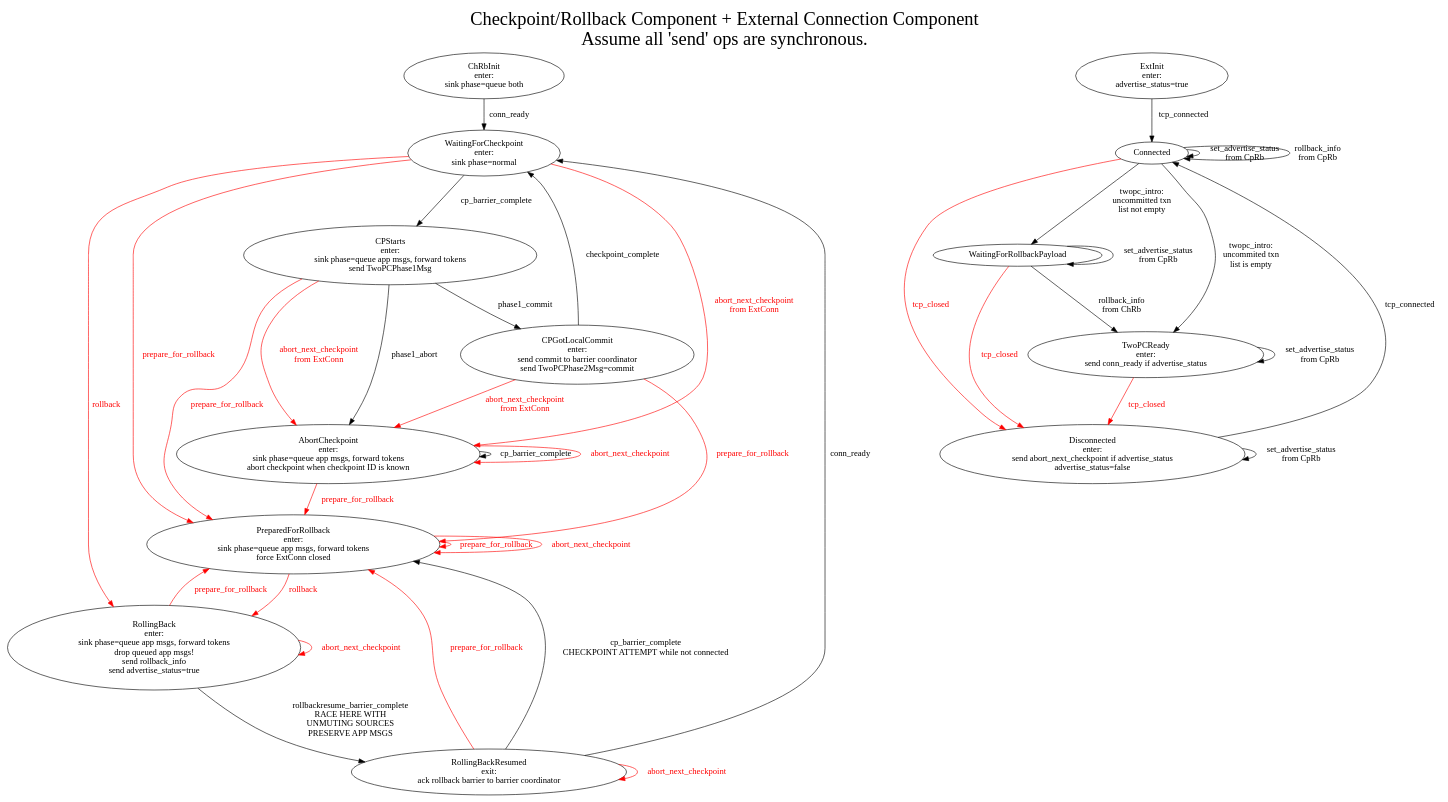
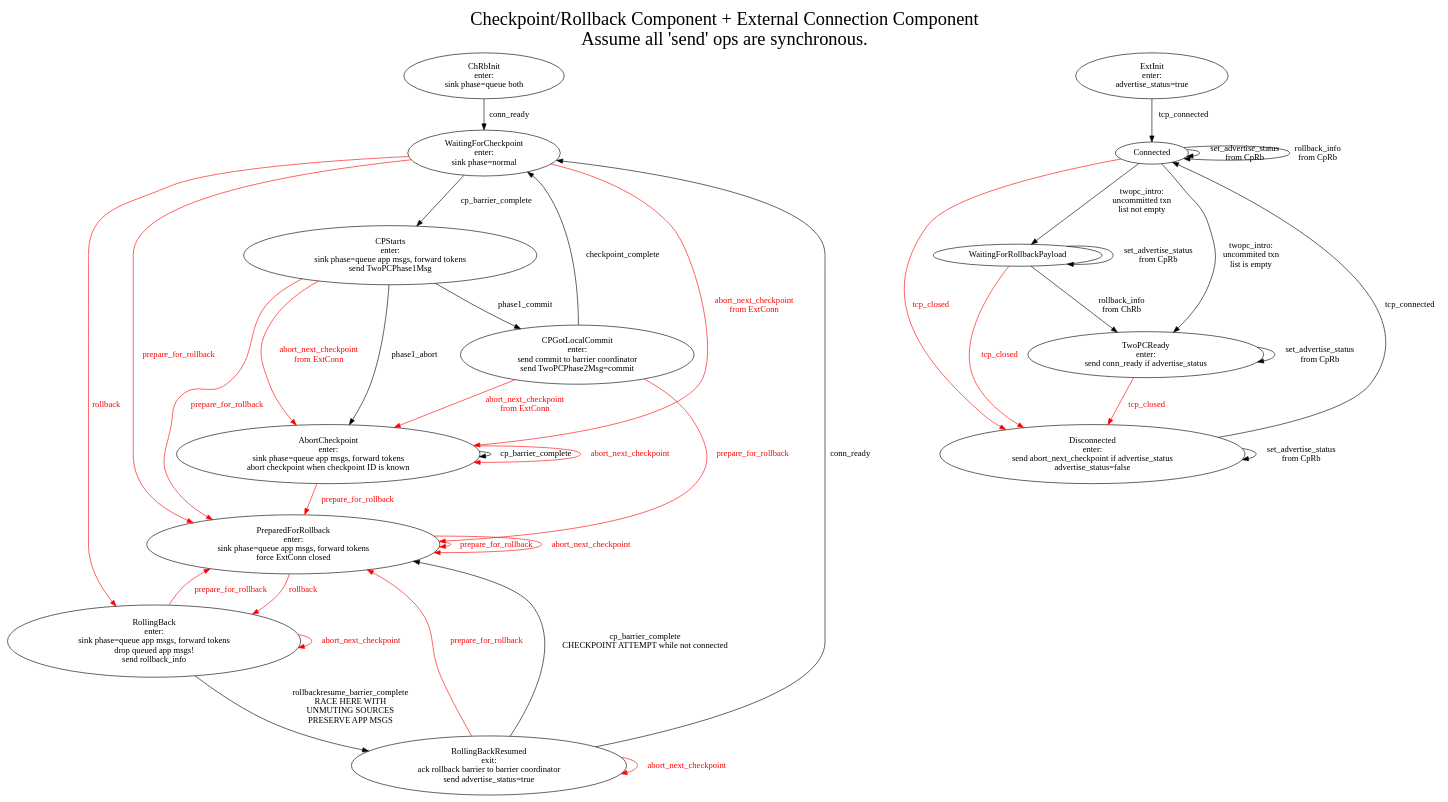
One commit to WallarooLabs/wally changed the diagram in lib/wallaroo/core/sink/connector_sink/connector-sink-2pc-management.dot. Above: the diagram before and after it, drawn with Graphviz.

Commit message:
WIP: FSM diagram: fix 'send advertise_status=true' annotations

```diff
--- a/lib/wallaroo/core/sink/connector_sink/connector-sink-2pc-management.dot
+++ b/lib/wallaroo/core/sink/connector_sink/connector-sink-2pc-management.dot
@@ -1,89 +1,89 @@
 digraph mashup {
     graph [label="Checkpoint/Rollback Component + External Connection Component\nAssume all 'send' ops are synchronous.",labelloc=t,fontsize=30];
 
     ## BEGIN LEFT
     subgraph checkpoint_rollback_component {
 	graph [label="SUB Checkpoint/Rollback Component",labelloc=t,fontsize=20];
 
 	// Subgraphs
 	subgraph init {
             ChRbInit [label="ChRbInit\nenter:\nsink phase=queue both"];
 	}
 	subgraph cp {
             WaitingForCheckpoint [label="WaitingForCheckpoint\nenter:\nsink phase=normal"];
             AbortCheckpoint [label="AbortCheckpoint\nenter:\nsink phase=queue app msgs, forward tokens\nabort checkpoint when checkpoint ID is known"];
 	}
 	subgraph sacp {
             CPStarts [label="CPStarts\nenter:\nsink phase=queue app msgs, forward tokens\nsend TwoPCPhase1Msg"];
             CPGotLocalCommit [label="CPGotLocalCommit\nenter:\nsend commit to barrier coordinator\nsend TwoPCPhase2Msg=commit"];
             // CPGotGlobalVote; // Can we remove this node?
 
             CPStarts -> CPGotLocalCommit [label="phase1_commit"];
             CPStarts -> AbortCheckpoint [label="phase1_abort"];
             CPGotLocalCommit -> WaitingForCheckpoint [label="checkpoint_complete"];
 	}
 	subgraph rollback {
             PreparedForRollback [label="PreparedForRollback\nenter:\nsink phase=queue app msgs, forward tokens\nforce ExtConn closed"];
-            RollingBack [label="RollingBack\nenter:\nsink phase=queue app msgs, forward tokens\ndrop queued app msgs!\nsend rollback_info\nsend advertise_status=true"];
-            RollingBackResumed [label="RollingBackResumed\nexit:\nack rollback barrier to barrier coordinator"];
+            RollingBack [label="RollingBack\nenter:\nsink phase=queue app msgs, forward tokens\ndrop queued app msgs!\nsend rollback_info"];
+            RollingBackResumed [label="RollingBackResumed\nexit:\nack rollback barrier to barrier coordinator\nsend advertise_status=true"];
 
             PreparedForRollback -> PreparedForRollback [label="prepare_for_rollback",fontcolor=red,color=red];
 			PreparedForRollback -> PreparedForRollback [label="abort_next_checkpoint",fontcolor=red,color=red];
             PreparedForRollback -> RollingBack [label="rollback",fontcolor=red,color=red];
 	}
 
 	// Other Edges
 	ChRbInit -> WaitingForCheckpoint [label="conn_ready"];
 
 	WaitingForCheckpoint -> CPStarts [label="cp_barrier_complete"];
 	AbortCheckpoint -> AbortCheckpoint [label="cp_barrier_complete"];
 	AbortCheckpoint -> AbortCheckpoint [label="abort_next_checkpoint",fontcolor=red,color=red];
 
 	WaitingForCheckpoint -> PreparedForRollback [label="prepare_for_rollback",fontcolor=red,color=red];
 	AbortCheckpoint -> PreparedForRollback [label="prepare_for_rollback",fontcolor=red,color=red];
 	CPStarts -> PreparedForRollback [label="prepare_for_rollback",fontcolor=red,color=red];
 	CPGotLocalCommit -> PreparedForRollback [label="prepare_for_rollback",fontcolor=red,color=red];
 
 	WaitingForCheckpoint -> AbortCheckpoint [label="abort_next_checkpoint\nfrom ExtConn",fontcolor=red,color=red];
 	WaitingForCheckpoint -> RollingBack [label="rollback",fontcolor=red,color=red];
 	CPStarts -> AbortCheckpoint [label="abort_next_checkpoint\nfrom ExtConn",fontcolor=red,color=red];
 	CPGotLocalCommit -> AbortCheckpoint [label="abort_next_checkpoint\nfrom ExtConn",fontcolor=red,color=red];
 
 	RollingBack -> RollingBack [label="abort_next_checkpoint",fontcolor=red,color=red];
 	RollingBack -> RollingBackResumed [label="rollbackresume_barrier_complete\nRACE HERE WITH\nUNMUTING SOURCES\nPRESERVE APP MSGS"];
 	RollingBack -> PreparedForRollback [label="prepare_for_rollback",fontcolor=red,color=red];
 
 	RollingBackResumed -> RollingBackResumed [label="abort_next_checkpoint",fontcolor=red,color=red];
 	RollingBackResumed -> WaitingForCheckpoint [label="conn_ready"];
 	RollingBackResumed -> PreparedForRollback [label="prepare_for_rollback",fontcolor=red,color=red];
 	RollingBackResumed -> PreparedForRollback [label="cp_barrier_complete\nCHECKPOINT ATTEMPT while not connected"];
     }
     ## END LEFT
 
     ## BEGIN RIGHT
     subgraph external_connection_component {
         graph [label="External Connection Component",labelloc=t,fontsize=30];
 
         ExtInit [label="ExtInit\nenter:\nadvertise_status=true"];
         ExtInit -> Connected [label="tcp_connected"];
         Connected -> Disconnected [label="tcp_closed",fontcolor=red,color=red];
         Connected -> Connected [label="set_advertise_status\nfrom CpRb"];
         Connected -> Connected [label="rollback_info\nfrom CpRb"];
         Disconnected [label="Disconnected\nenter:\nsend abort_next_checkpoint if advertise_status\nadvertise_status=false"];
         Disconnected -> Connected [label="tcp_connected"];
         Disconnected -> Disconnected [label="set_advertise_status\nfrom CpRb"];
         Connected -> WaitingForRollbackPayload [label="twopc_intro:\nuncommitted txn\nlist not empty"];
         Connected -> TwoPCReady [label="twopc_intro:\nuncommited txn\nlist is empty"];
         WaitingForRollbackPayload -> TwoPCReady [label="rollback_info\nfrom ChRb"];
         WaitingForRollbackPayload -> WaitingForRollbackPayload [label="set_advertise_status\nfrom CpRb"];
         WaitingForRollbackPayload -> Disconnected [label="tcp_closed",fontcolor=red,color=red];
 
         TwoPCReady [label="TwoPCReady\nenter:\nsend conn_ready if advertise_status"]
         TwoPCReady -> Disconnected [label="tcp_closed",fontcolor=red,color=red];
         TwoPCReady -> TwoPCReady [label="set_advertise_status\nfrom CpRb"]
     }
     # END RIGHT
 
     {rank=same; ChRbInit; ExtInit; };
     ## {rank=same; Disconnected; RollingBack; ; };
 }
```
